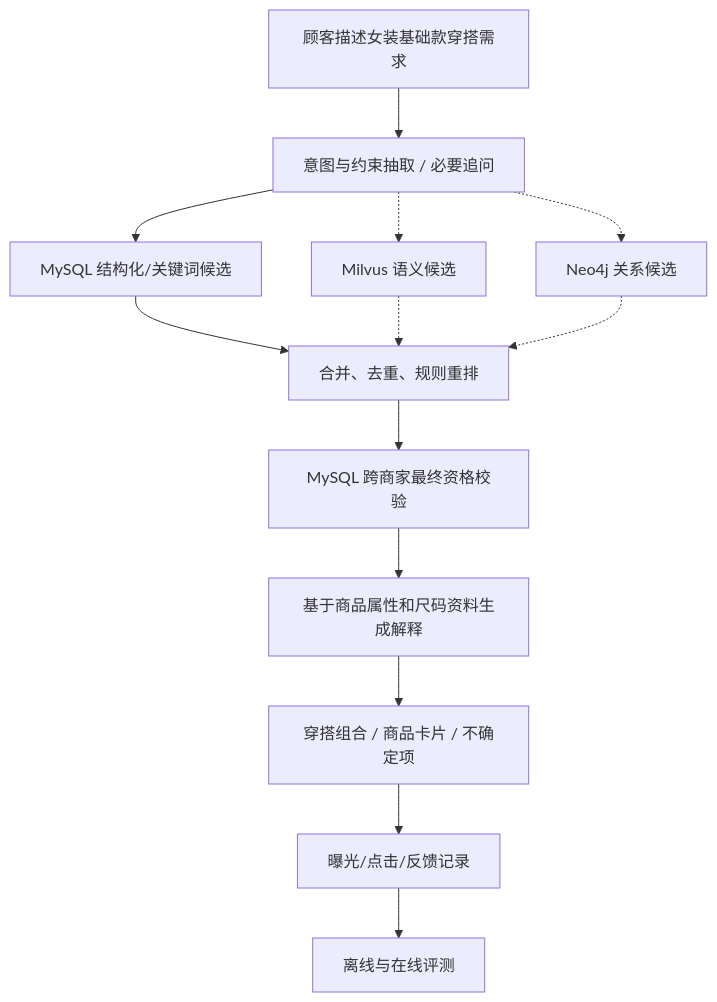
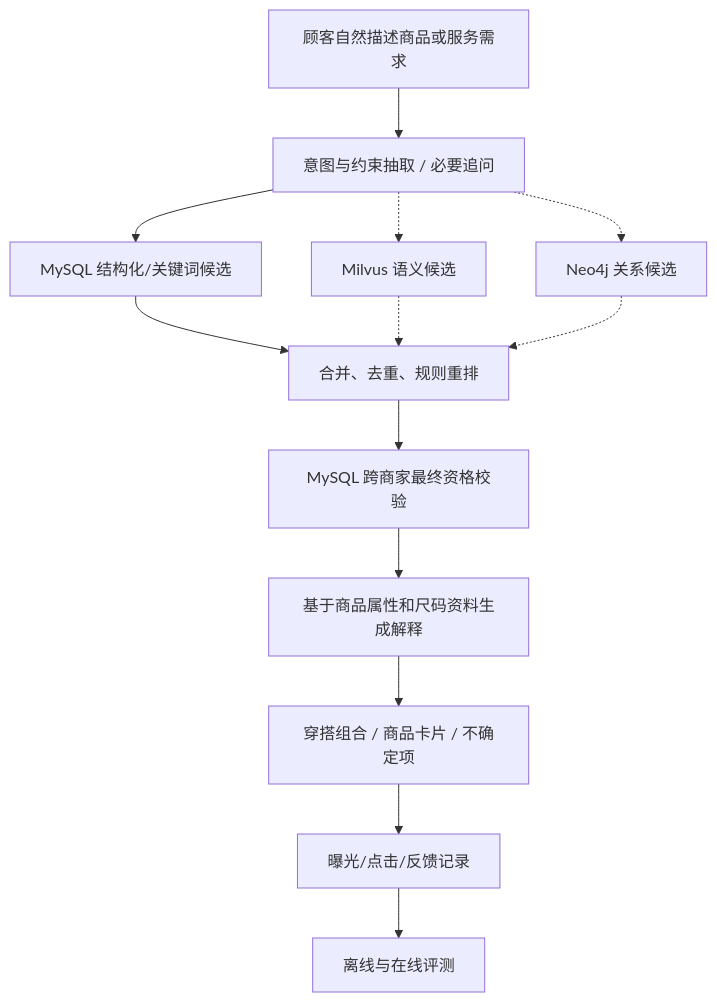
One commit to powerful05/megagraph-shop changed the fourth of 5 diagrams in docs/SYSTEM_ARCHITECTURE.md. Above: the diagram before and after it, drawn with Mermaid. The commit also changed other lines of this file and 66 other files, not shown here.

````diff
--- a/docs/SYSTEM_ARCHITECTURE.md
+++ b/docs/SYSTEM_ARCHITECTURE.md
@@ -598,15 +599,15 @@
 ```mermaid
 flowchart TD
-    Q[顾客描述女装基础款穿搭需求] --> Intent[意图与约束抽取 / 必要追问]
+    Q[顾客自然描述商品或服务需求] --> Intent[意图与约束抽取 / 必要追问]
     Intent --> SQL[MySQL 结构化/关键词候选]
     Intent -.-> Vec[Milvus 语义候选]
     Intent -.-> Graph[Neo4j 关系候选]
     SQL --> Merge[合并、去重、规则重排]
     Vec -.-> Merge
     Graph -.-> Merge
     Merge --> Eligibility[MySQL 跨商家最终资格校验]
     Eligibility --> Explain[基于商品属性和尺码资料生成解释]
     Explain --> Results[穿搭组合 / 商品卡片 / 不确定项]
     Results --> Exposure[曝光/点击/反馈记录]
     Exposure --> Eval[离线与在线评测]
 ```
````
